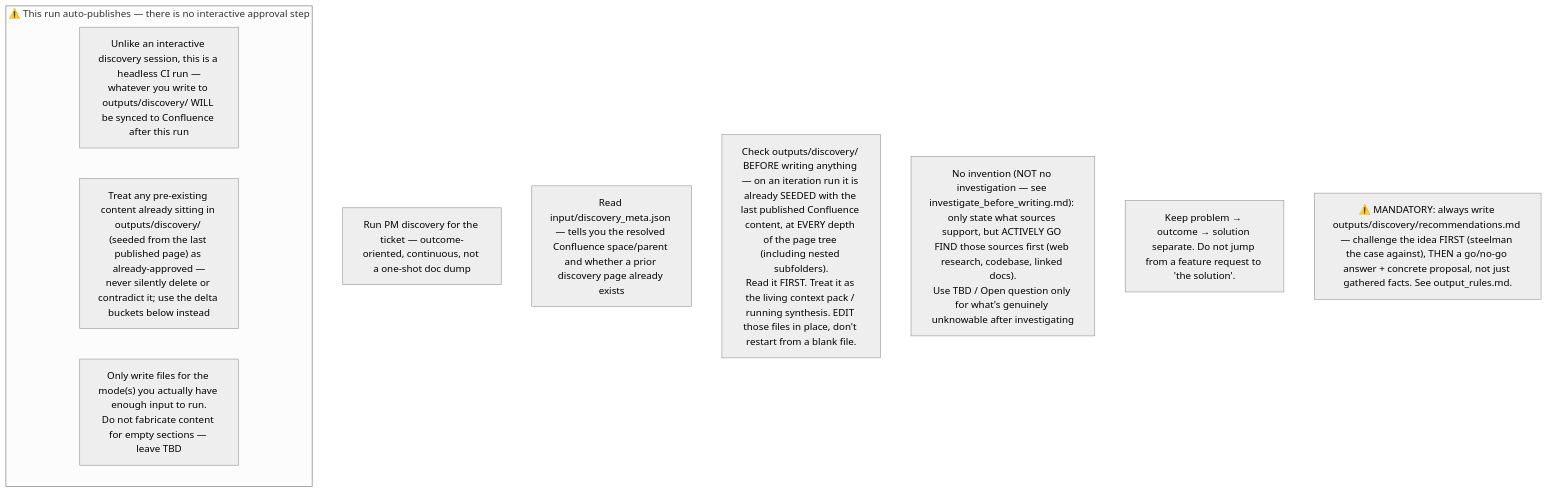
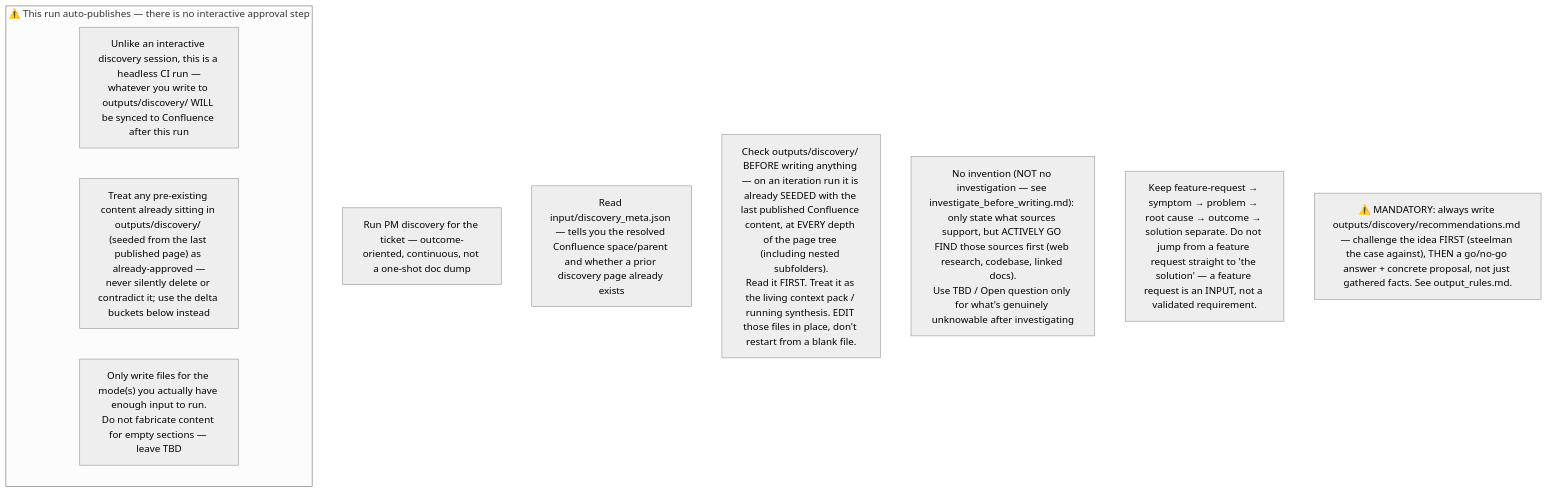
One commit to IstiN/dmtools-agents changed the diagram in instructions/discovery/general_guidelines.md. Above: the diagram before and after it, drawn with Mermaid (neutral theme). The commit also changed other lines of this file and 7 other files, not shown here.

````diff
--- a/instructions/discovery/general_guidelines.md
+++ b/instructions/discovery/general_guidelines.md
@@ -1,15 +1,15 @@
 ```mermaid
 flowchart TD
     G1["Run PM discovery for the ticket — outcome-oriented, continuous, not a one-shot doc dump"]
     G2["Read input/discovery_meta.json — tells you the resolved Confluence space/parent and whether a prior discovery page already exists"]
     G3["Check outputs/discovery/ BEFORE writing anything — on an iteration run it is already SEEDED with the last published Confluence content, at EVERY depth of the page tree (including nested subfolders).<br/>Read it FIRST. Treat it as the living context pack / running synthesis. EDIT those files in place, don't restart from a blank file."]
     G4["No invention (NOT no investigation — see investigate_before_writing.md): only state what sources support, but ACTIVELY GO FIND those sources first (web research, codebase, linked docs).<br/>Use TBD / Open question only for what's genuinely unknowable after investigating"]
-    G5["Keep problem → outcome → solution separate. Do not jump from a feature request to 'the solution'."]
+    G5["Keep feature-request → symptom → problem → root cause → outcome → solution separate. Do not jump from a feature request straight to 'the solution' — a feature request is an INPUT, not a validated requirement."]
     G6["⚠️ MANDATORY: always write outputs/discovery/recommendations.md — challenge the idea FIRST (steelman the case against), THEN a go/no-go answer + concrete proposal, not just gathered facts. See output_rules.md."]
 
     subgraph AUTOPUBLISH["⚠️ This run auto-publishes — there is no interactive approval step"]
         AP1["Unlike an interactive discovery session, this is a headless CI run —<br/>whatever you write to outputs/discovery/ WILL be synced to Confluence after this run"]
         AP2["Treat any pre-existing content already sitting in outputs/discovery/ (seeded from the last published page) as already-approved —<br/>never silently delete or contradict it; use the delta buckets below instead"]
         AP3["Only write files for the mode(s) you actually have enough input to run.<br/>Do not fabricate content for empty sections — leave TBD"]
     end
 ```
````
